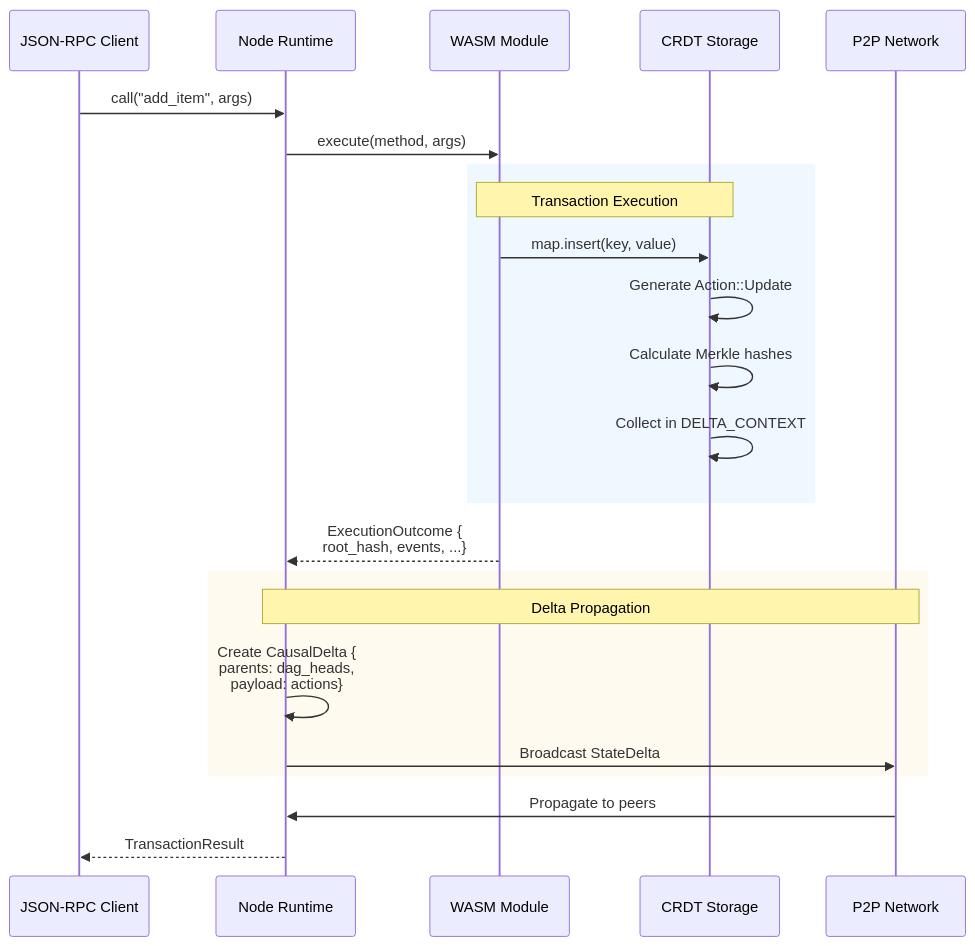
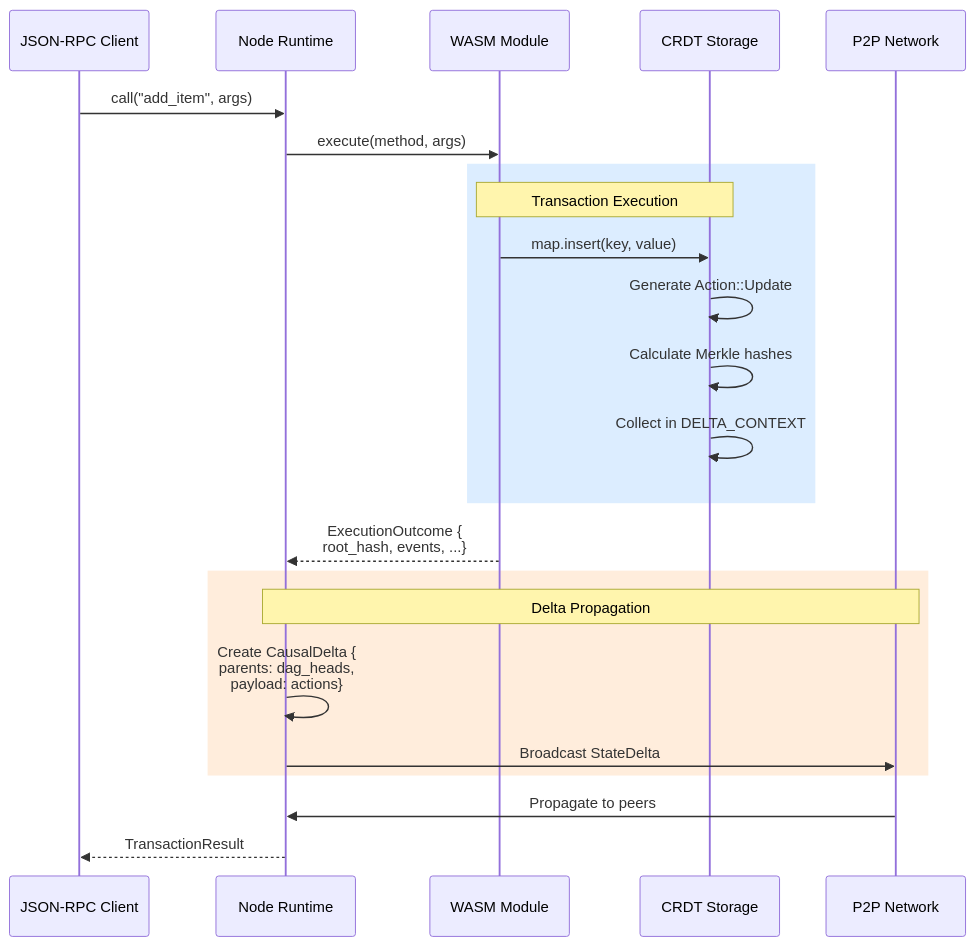
One commit to calimero-network/core changed the first of 7 diagrams in crates/sdk/README.md. Above: the diagram before and after it, drawn with Mermaid. The commit also changed other lines of this file and 3 other files, not shown here.

First line of the commit message:
docs: improve mermaid diagram accessibility with high-contrast colors

````diff
--- a/crates/sdk/README.md
+++ b/crates/sdk/README.md
@@ -43,30 +43,30 @@
 ```mermaid
 sequenceDiagram
     participant Client as JSON-RPC Client
     participant Node as Node Runtime
     participant WASM as WASM Module
     participant Storage as CRDT Storage
     participant Network as P2P Network
     
     Client->>Node: call("add_item", args)
     Node->>WASM: execute(method, args)
     
-    rect rgb(240, 248, 255)
+    rect rgb(220, 237, 255)
         Note over WASM,Storage: Transaction Execution
         WASM->>Storage: map.insert(key, value)
         Storage->>Storage: Generate Action::Update
         Storage->>Storage: Calculate Merkle hashes
         Storage->>Storage: Collect in DELTA_CONTEXT
     end
     
     WASM-->>Node: ExecutionOutcome {<br/>root_hash, events, ...}
     
-    rect rgb(255, 250, 240)
+    rect rgb(255, 237, 220)
         Note over Node,Network: Delta Propagation
         Node->>Node: Create CausalDelta {<br/>parents: dag_heads,<br/>payload: actions}
         Node->>Network: Broadcast StateDelta
     end
     
     Network->>Node: Propagate to peers
     Node-->>Client: TransactionResult
 ```
````
